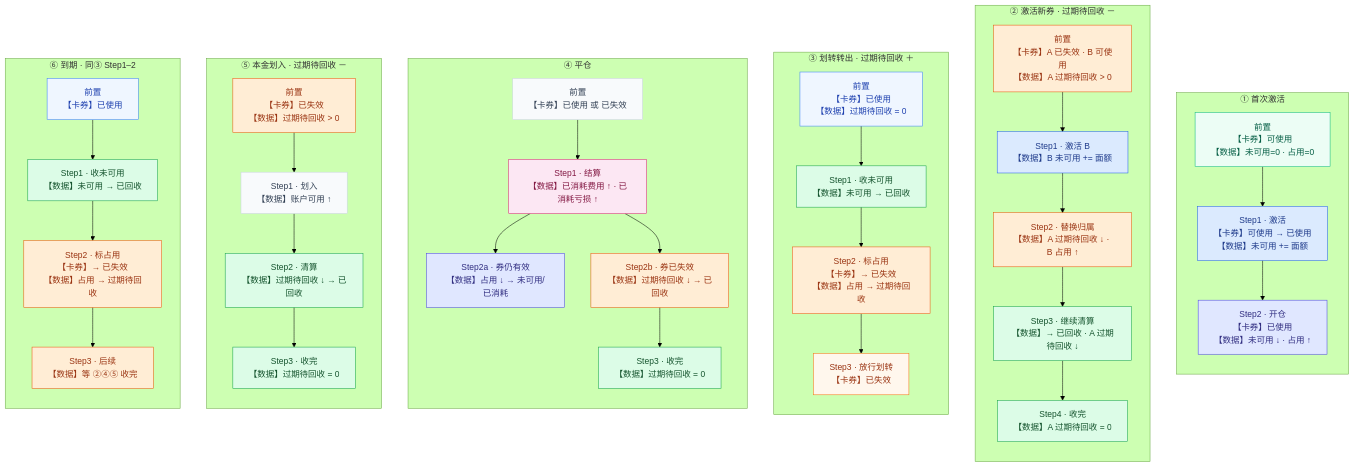
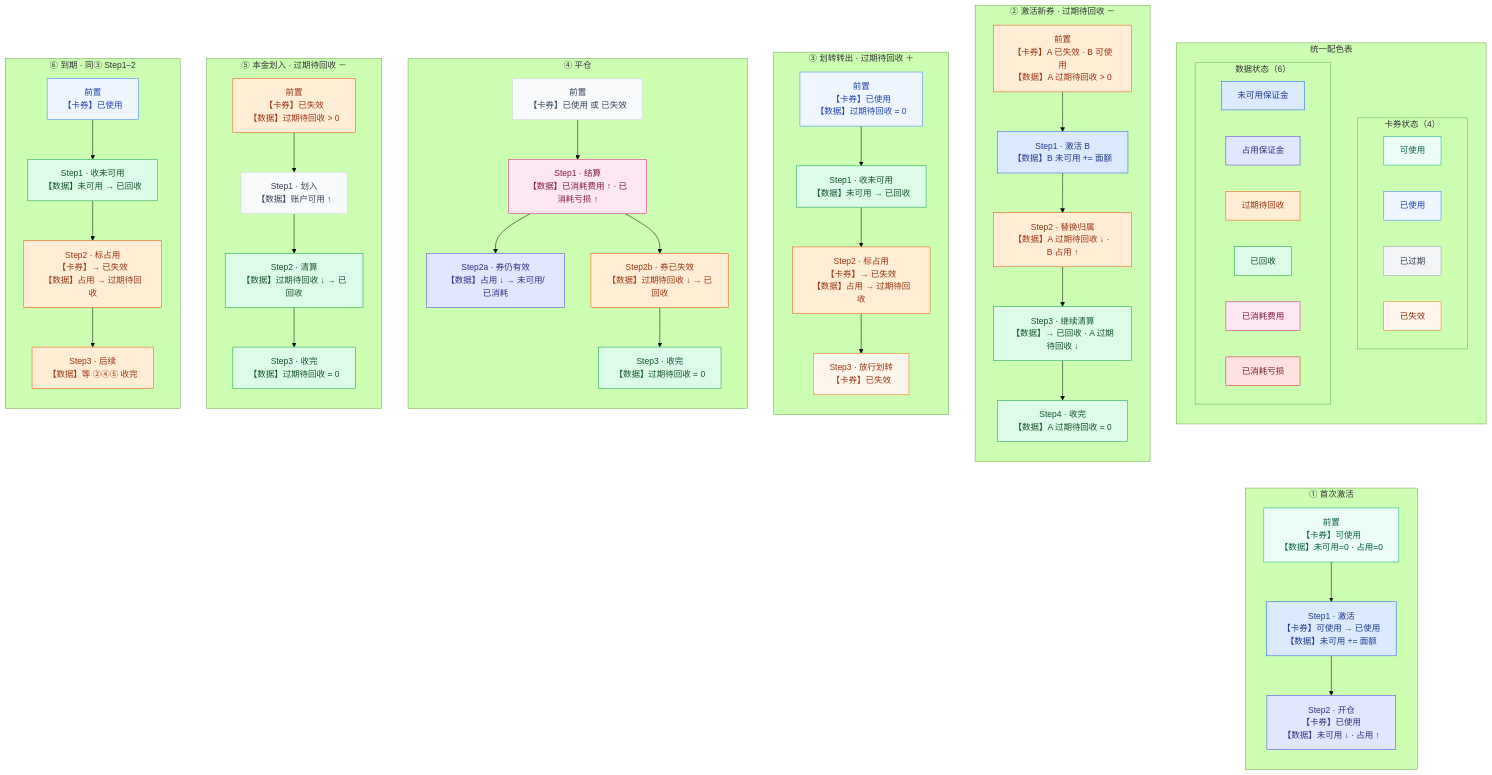
Before and after one commit to DashuaibiZZY/prototype: the diagram in perp_dex/流程图/体验金回收-行为分支.mmd, drawn with Mermaid (forest theme). The commit also changed 4 other files, not shown here.

Commit message:
docs: add unified color legend at top of all trial fund flowcharts

```diff
--- a/perp_dex/流程图/体验金回收-行为分支.mmd
+++ b/perp_dex/流程图/体验金回收-行为分支.mmd
@@ -1,95 +1,128 @@
 flowchart TB
+    subgraph LEGEND["统一配色表"]
+        direction TB
+        subgraph L_C["卡券状态（4）"]
+            direction LR
+            LC1["可使用"]
+            LC2["已使用"]
+            LC3["已过期"]
+            LC4["已失效"]
+        end
+        subgraph L_D["数据状态（6）"]
+            direction LR
+            LD1["未可用保证金"]
+            LD2["占用保证金"]
+            LD3["过期待回收"]
+            LD4["已回收"]
+            LD5["已消耗费用"]
+            LD6["已消耗亏损"]
+        end
+    end
+
     subgraph G1["① 首次激活"]
         direction TB
         G1P["前置<br/>【卡券】可使用<br/>【数据】未可用=0 · 占用=0"]
         G1S1["Step1 · 激活<br/>【卡券】可使用 → 已使用<br/>【数据】未可用 += 面额"]
         G1S2["Step2 · 开仓<br/>【卡券】已使用<br/>【数据】未可用 ↓ · 占用 ↑"]
         G1P --> G1S1 --> G1S2
     end
 
     subgraph G2["② 激活新券 · 过期待回收 －"]
         direction TB
         G2P["前置<br/>【卡券】A 已失效 · B 可使用<br/>【数据】A 过期待回收 > 0"]
         G2S1["Step1 · 激活 B<br/>【数据】B 未可用 += 面额"]
         G2S2["Step2 · 替换归属<br/>【数据】A 过期待回收 ↓ · B 占用 ↑"]
         G2S3["Step3 · 继续清算<br/>【数据】→ 已回收 · A 过期待回收 ↓"]
         G2S4["Step4 · 收完<br/>【数据】A 过期待回收 = 0"]
         G2P --> G2S1 --> G2S2 --> G2S3 --> G2S4
     end
 
     subgraph G3["③ 划转转出 · 过期待回收 ＋"]
         direction TB
         G3P["前置<br/>【卡券】已使用<br/>【数据】过期待回收 = 0"]
         G3S1["Step1 · 收未可用<br/>【数据】未可用 → 已回收"]
         G3S2["Step2 · 标占用<br/>【卡券】→ 已失效<br/>【数据】占用 → 过期待回收"]
         G3S3["Step3 · 放行划转<br/>【卡券】已失效"]
         G3P --> G3S1 --> G3S2 --> G3S3
     end
 
     subgraph G4["④ 平仓"]
         direction TB
         G4P["前置<br/>【卡券】已使用 或 已失效"]
         G4S1["Step1 · 结算<br/>【数据】已消耗费用 ↑ · 已消耗亏损 ↑"]
         G4S2["Step2a · 券仍有效<br/>【数据】占用 ↓ → 未可用/已消耗"]
         G4S3["Step2b · 券已失效<br/>【数据】过期待回收 ↓ → 已回收"]
         G4S4["Step3 · 收完<br/>【数据】过期待回收 = 0"]
         G4P --> G4S1
         G4S1 --> G4S2
         G4S1 --> G4S3
         G4S3 --> G4S4
     end
 
     subgraph G5["⑤ 本金划入 · 过期待回收 －"]
         direction TB
         G5P["前置<br/>【卡券】已失效<br/>【数据】过期待回收 > 0"]
         G5S1["Step1 · 划入<br/>【数据】账户可用 ↑"]
         G5S2["Step2 · 清算<br/>【数据】过期待回收 ↓ → 已回收"]
         G5S3["Step3 · 收完<br/>【数据】过期待回收 = 0"]
         G5P --> G5S1 --> G5S2 --> G5S3
     end
 
     subgraph G6["⑥ 到期 · 同③ Step1–2"]
         direction TB
         G6P["前置<br/>【卡券】已使用"]
         G6S1["Step1 · 收未可用<br/>【数据】未可用 → 已回收"]
         G6S2["Step2 · 标占用<br/>【卡券】→ 已失效<br/>【数据】占用 → 过期待回收"]
         G6S3["Step3 · 后续<br/>【数据】等 ②④⑤ 收完"]
         G6P --> G6S1 --> G6S2 --> G6S3
     end
 
+    LEGEND ~~~ G1
+
     classDef cAvail fill:#ecfdf5,stroke:#10b981,color:#065f46
     classDef cUsed fill:#eff6ff,stroke:#3b82f6,color:#1e40af
+    classDef cExpired fill:#f3f4f6,stroke:#9ca3af,color:#374151
     classDef cInvalid fill:#fff7ed,stroke:#f97316,color:#9a3412
     classDef dAvail fill:#dbeafe,stroke:#2563eb,color:#1e3a8a
     classDef dOcc fill:#e0e7ff,stroke:#4f46e5,color:#312e81
     classDef dPending fill:#ffedd5,stroke:#ea580c,color:#9a3412
     classDef dReclaimed fill:#dcfce7,stroke:#16a34a,color:#14532d
     classDef dFee fill:#fce7f3,stroke:#db2777,color:#831843
     classDef dLoss fill:#fee2e2,stroke:#dc2626,color:#7f1d1d
     classDef neutral fill:#f8fafc,stroke:#cbd5e1,color:#334155
 
+    class LC1 cAvail
+    class LC2 cUsed
+    class LC3 cExpired
+    class LC4 cInvalid
+    class LD1 dAvail
+    class LD2 dOcc
+    class LD3 dPending
+    class LD4 dReclaimed
+    class LD5 dFee
+    class LD6 dLoss
     class G1P cAvail
     class G1S1 dAvail
     class G1S2 dOcc
     class G2P dPending
     class G2S1 dAvail
     class G2S2 dPending
     class G2S3 dReclaimed
     class G2S4 dReclaimed
     class G3P cUsed
     class G3S1 dReclaimed
     class G3S2 dPending
     class G3S3 cInvalid
     class G4P neutral
     class G4S1 dFee
     class G4S2 dOcc
     class G4S3 dPending
     class G4S4 dReclaimed
     class G5P dPending
     class G5S1 neutral
     class G5S2 dReclaimed
     class G5S3 dReclaimed
     class G6P cUsed
     class G6S1 dReclaimed
     class G6S2 dPending
     class G6S3 dPending
```
